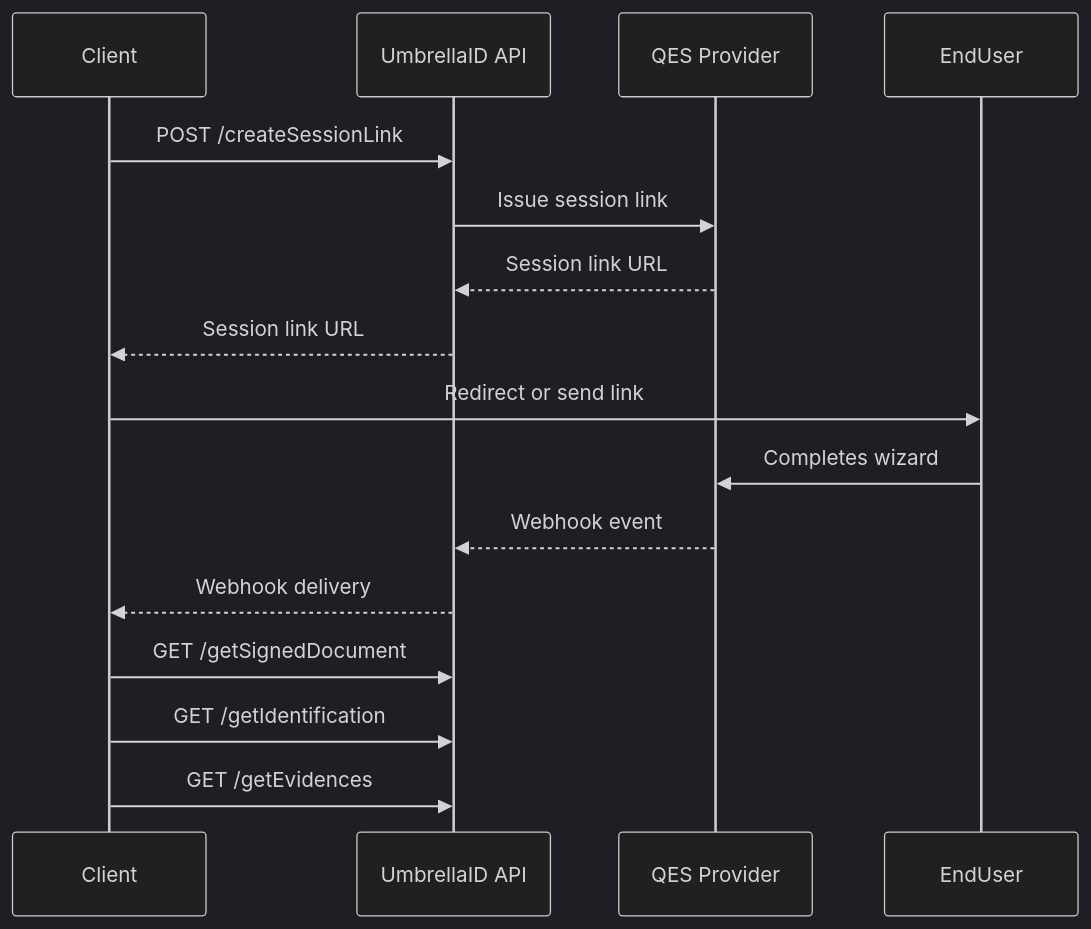
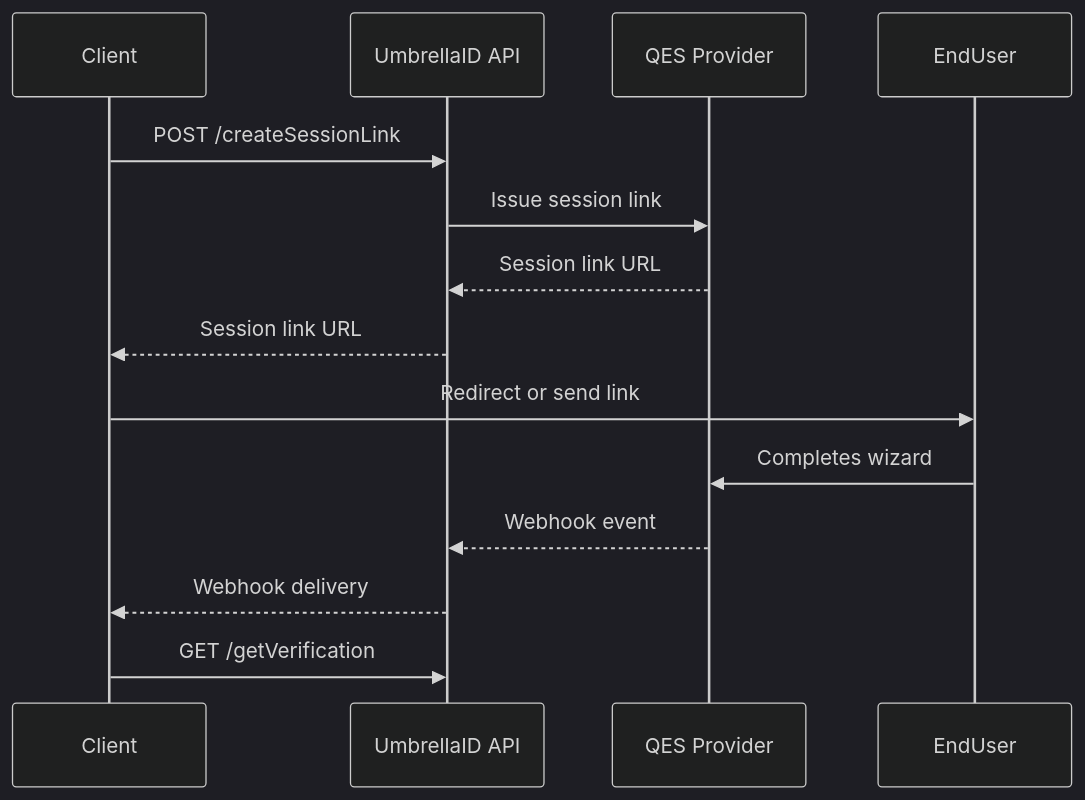
One commit to MarkIDCanopy/docs changed the diagram in essentials/qesOnboarding.mdx. Above: the diagram before and after it, drawn with Mermaid (dark theme). The commit also changed other lines of this file, not shown here.

````diff
--- a/essentials/qesOnboarding.mdx
+++ b/essentials/qesOnboarding.mdx
@@ -33,20 +33,18 @@
 ```mermaid
 sequenceDiagram
     participant Client
     participant UmbrellaID API
     participant QES Provider
     participant EndUser
 
     Client->>UmbrellaID API: POST /createSessionLink
     UmbrellaID API->>QES Provider: Issue session link
     QES Provider-->>UmbrellaID API: Session link URL
     UmbrellaID API-->>Client: Session link URL
     Client->>EndUser: Redirect or send link
     EndUser->>QES Provider: Completes wizard
     QES Provider-->>UmbrellaID API: Webhook event
     UmbrellaID API-->>Client: Webhook delivery
-    Client->>UmbrellaID API: GET /getSignedDocument
-    Client->>UmbrellaID API: GET /getIdentification
-    Client->>UmbrellaID API: GET /getEvidences
+    Client->>UmbrellaID API: GET /getVerification
 
 ```
````
